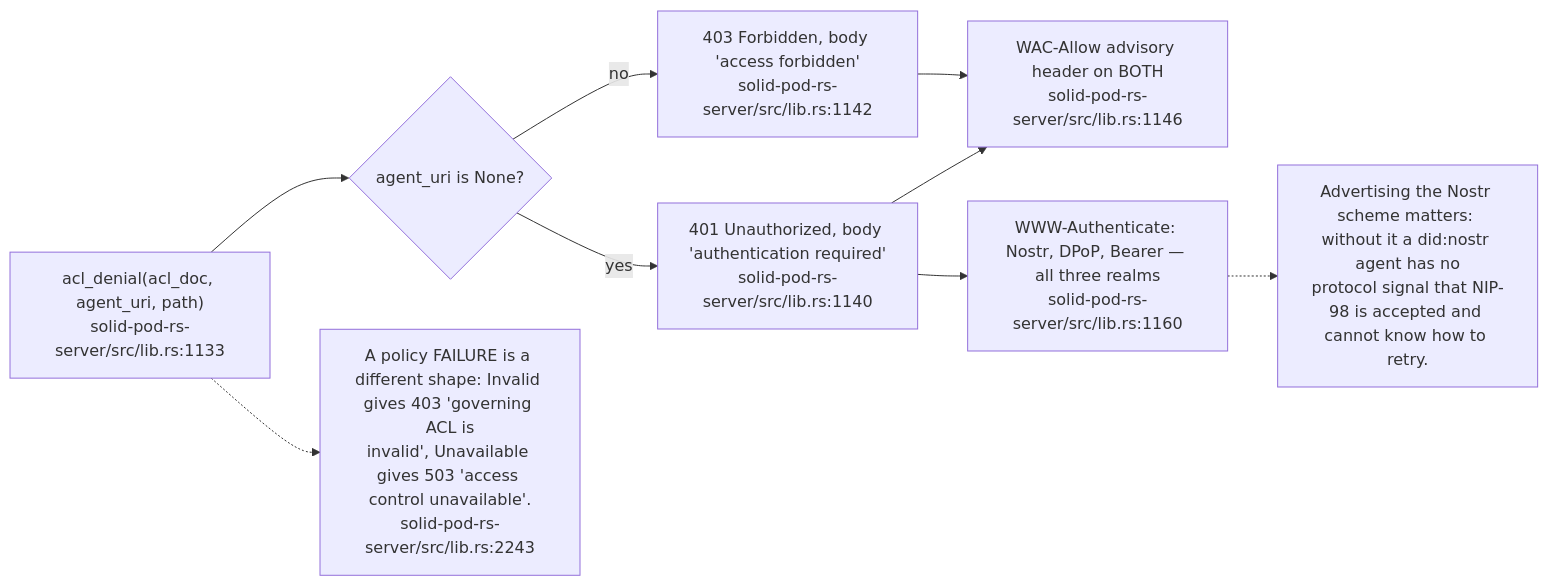
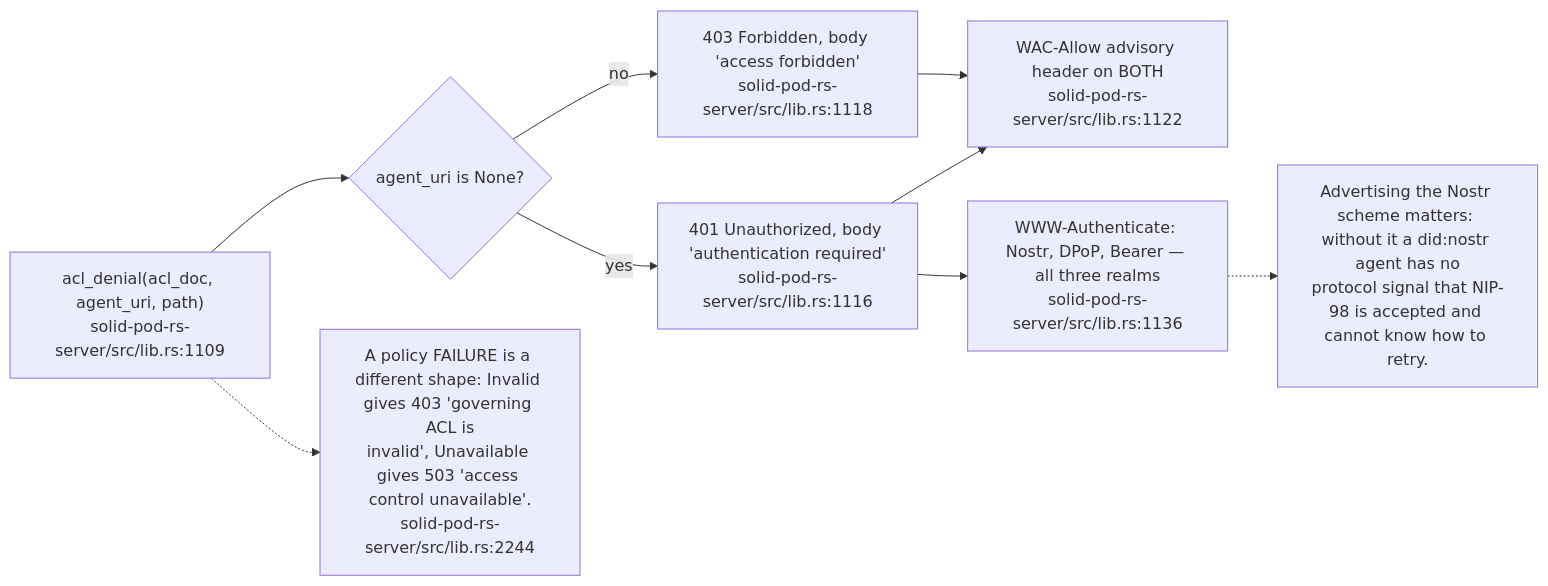
Diagram 12 of 13 in docs/diagrams/solid-pod-rs/04-wac-authorisation.md (DreamLab-AI/VisionFlow), drawn with Mermaid before and after one commit. The commit also changed other lines of this file and 47 other files, not shown here.

````diff
--- a/docs/diagrams/solid-pod-rs/04-wac-authorisation.md
+++ b/docs/diagrams/solid-pod-rs/04-wac-authorisation.md
@@ -375,19 +402,19 @@
 ```mermaid
 flowchart LR
-    IN["acl_denial(acl_doc, agent_uri, path)<br/>solid-pod-rs-server/src/lib.rs:1133"]
+    IN["acl_denial(acl_doc, agent_uri, path)<br/>solid-pod-rs-server/src/lib.rs:1109"]
     ANON{"agent_uri is None?"}
-    U401["401 Unauthorized, body 'authentication required'<br/>solid-pod-rs-server/src/lib.rs:1140"]
-    F403["403 Forbidden, body 'access forbidden'<br/>solid-pod-rs-server/src/lib.rs:1142"]
-    WA["WAC-Allow advisory header on BOTH<br/>solid-pod-rs-server/src/lib.rs:1146"]
-    CH["WWW-Authenticate: Nostr, DPoP, Bearer — all three realms<br/>solid-pod-rs-server/src/lib.rs:1160"]
+    U401["401 Unauthorized, body 'authentication required'<br/>solid-pod-rs-server/src/lib.rs:1116"]
+    F403["403 Forbidden, body 'access forbidden'<br/>solid-pod-rs-server/src/lib.rs:1118"]
+    WA["WAC-Allow advisory header on BOTH<br/>solid-pod-rs-server/src/lib.rs:1122"]
+    CH["WWW-Authenticate: Nostr, DPoP, Bearer — all three realms<br/>solid-pod-rs-server/src/lib.rs:1136"]
 
     IN --> ANON
     ANON -- yes --> U401 --> WA
     ANON -- no --> F403 --> WA
     U401 --> CH
 
     N["Advertising the Nostr scheme matters: without it a did:nostr agent has no<br/>protocol signal that NIP-98 is accepted and cannot know how to retry."]
     CH -.-> N
-    N2["A policy FAILURE is a different shape: Invalid gives 403 'governing ACL is<br/>invalid', Unavailable gives 503 'access control unavailable'.<br/>solid-pod-rs-server/src/lib.rs:2243"]
+    N2["A policy FAILURE is a different shape: Invalid gives 403 'governing ACL is<br/>invalid', Unavailable gives 503 'access control unavailable'.<br/>solid-pod-rs-server/src/lib.rs:2244"]
     IN -.-> N2
 ```
````
